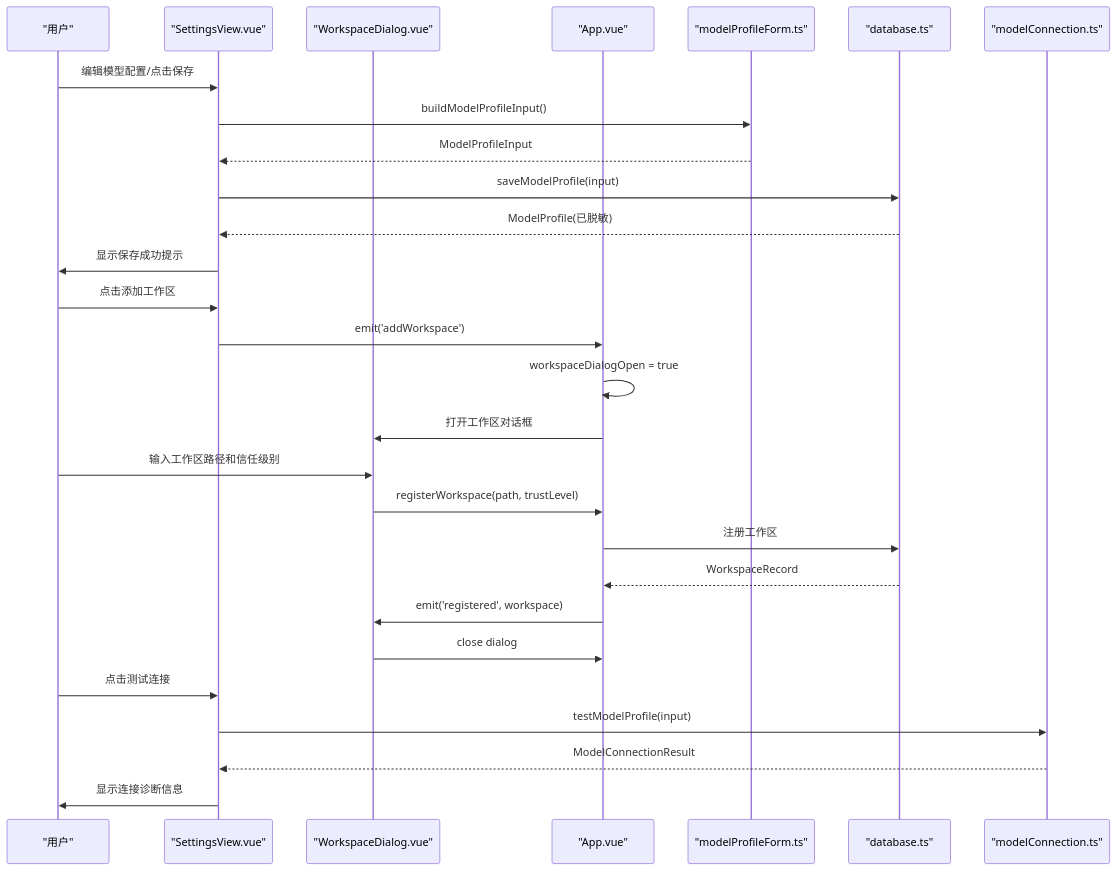
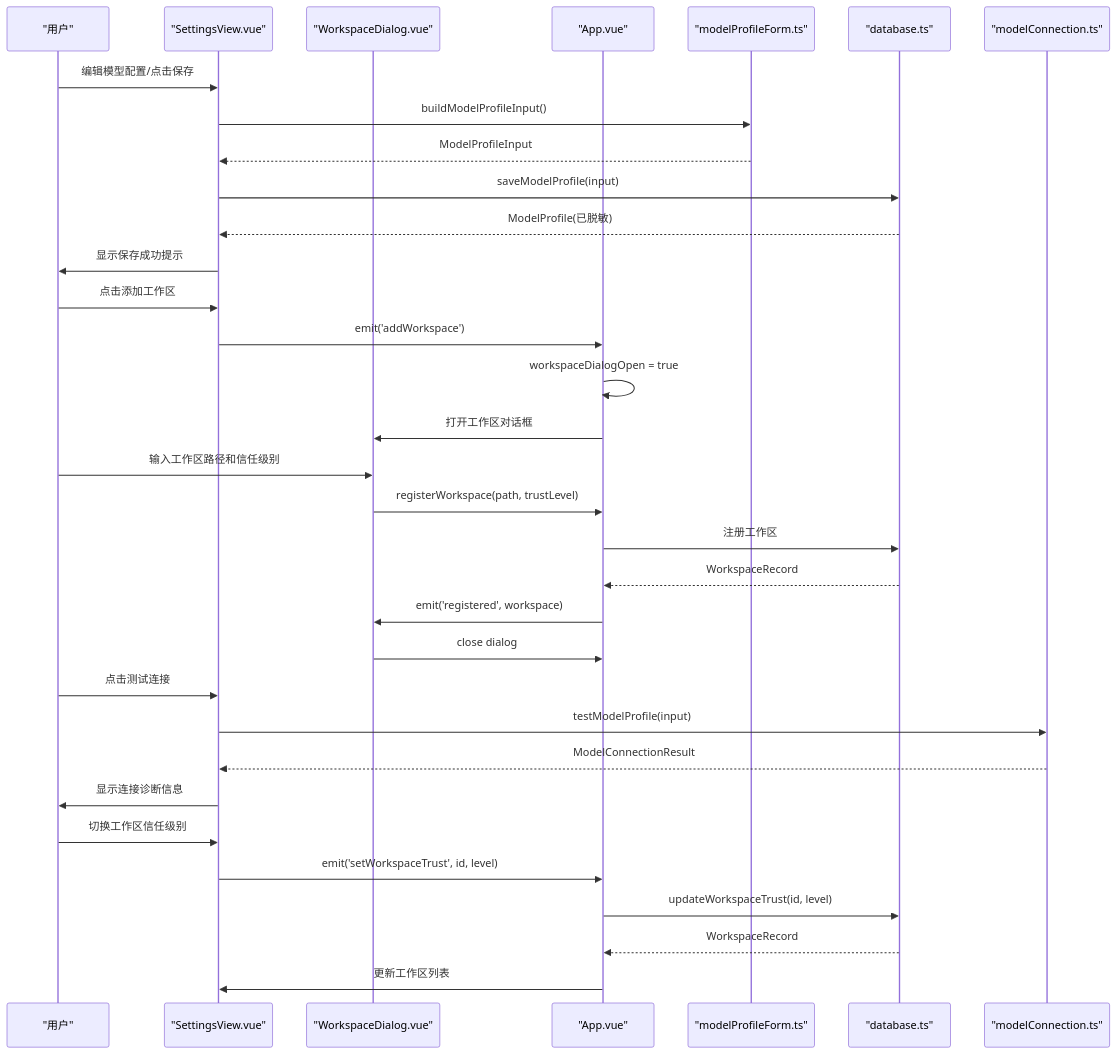
One commit to dyx-9163/ai-aifar changed the second of 6 diagrams in .qoder/repowiki/zh/content/核心模块/渲染进程/设置面板.md. Above: the diagram before and after it, drawn with Mermaid. The commit also changed other lines of this file and 37 other files, not shown here.

````diff
--- a/.qoder/repowiki/zh/content/核心模块/渲染进程/设置面板.md
+++ b/.qoder/repowiki/zh/content/核心模块/渲染进程/设置面板.md
@@ -140,30 +144,35 @@
 ```mermaid
 sequenceDiagram
 participant U as "用户"
 participant V as "SettingsView.vue"
 participant W as "WorkspaceDialog.vue"
 participant A as "App.vue"
 participant F as "modelProfileForm.ts"
 participant DB as "database.ts"
 participant MC as "modelConnection.ts"
 U->>V : 编辑模型配置/点击保存
 V->>F : buildModelProfileInput()
 F-->>V : ModelProfileInput
 V->>DB : saveModelProfile(input)
 DB-->>V : ModelProfile(已脱敏)
 V->>U : 显示保存成功提示
 U->>V : 点击添加工作区
 V->>A : emit('addWorkspace')
 A->>A : workspaceDialogOpen = true
 A->>W : 打开工作区对话框
 U->>W : 输入工作区路径和信任级别
 W->>A : registerWorkspace(path, trustLevel)
 A->>DB : 注册工作区
 DB-->>A : WorkspaceRecord
 A->>W : emit('registered', workspace)
 W->>A : close dialog
 U->>V : 点击测试连接
 V->>MC : testModelProfile(input)
 MC-->>V : ModelConnectionResult
 V->>U : 显示连接诊断信息
+U->>V : 切换工作区信任级别
+V->>A : emit('setWorkspaceTrust', id, level)
+A->>DB : updateWorkspaceTrust(id, level)
+DB-->>A : WorkspaceRecord
+A->>V : 更新工作区列表
 ```
````
